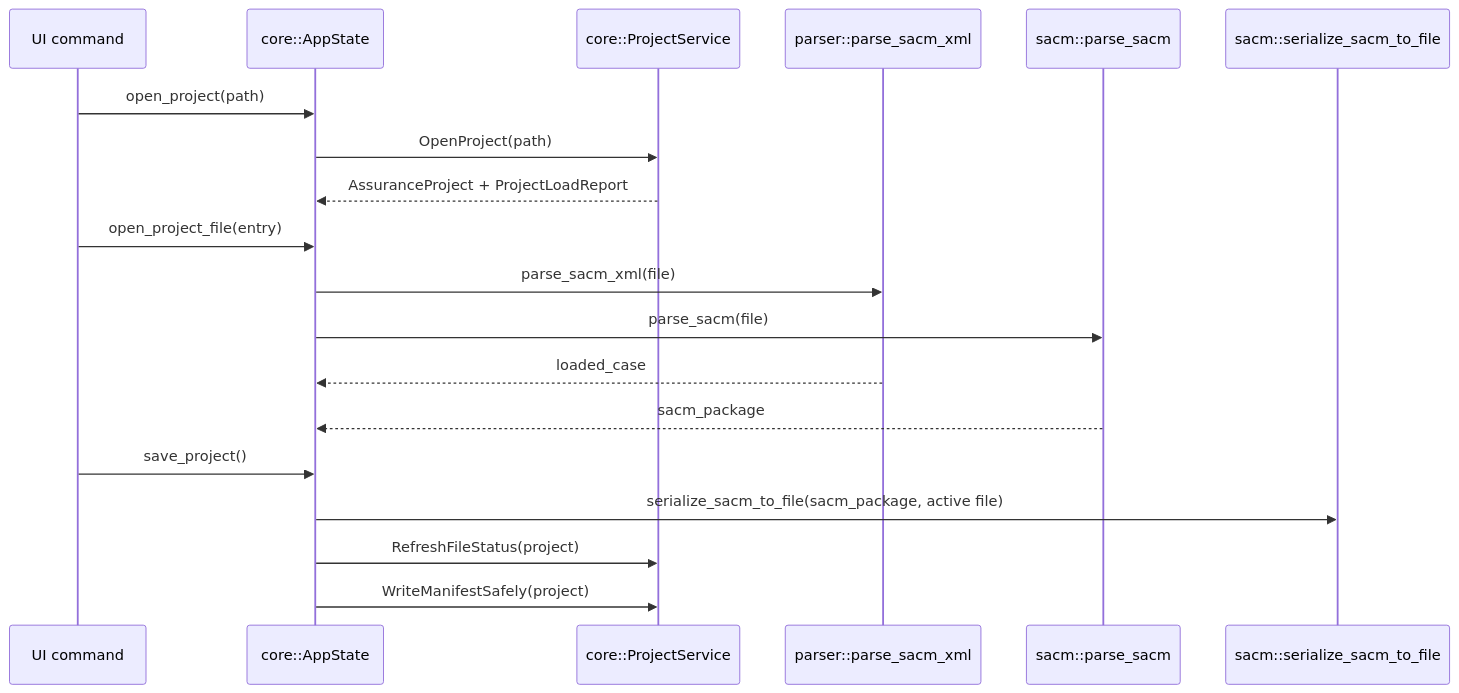
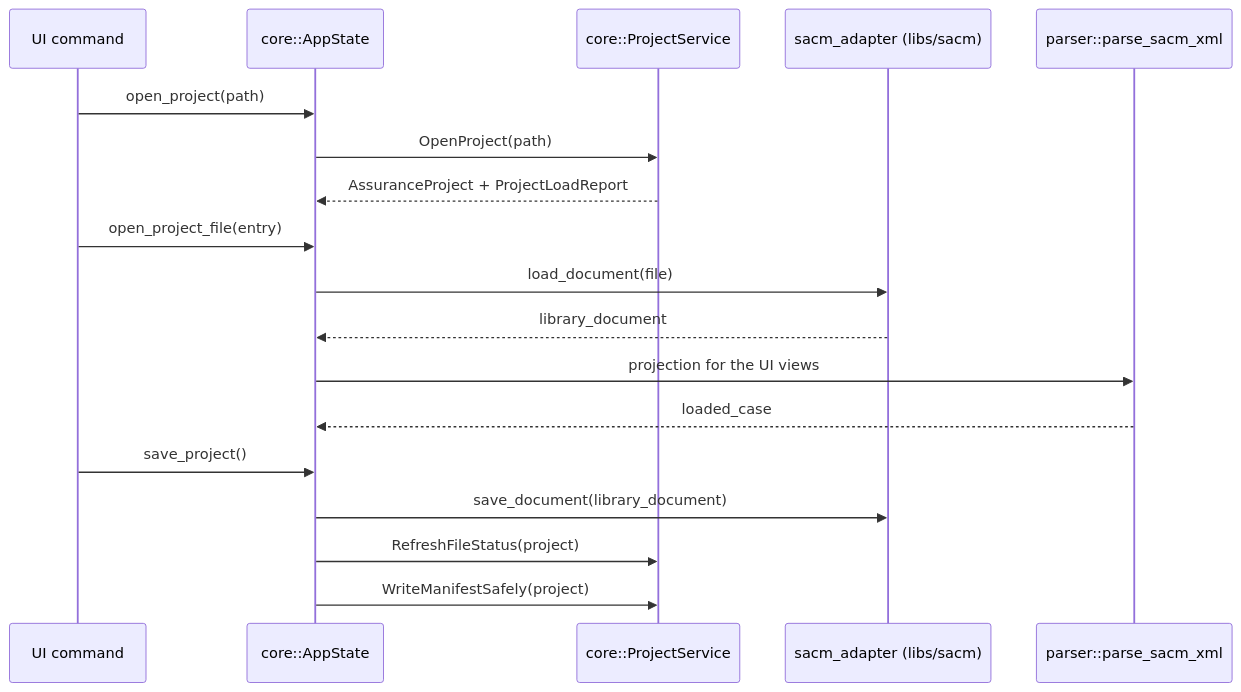
Before and after one commit to lasrod/assurance-forge: the third of 3 diagrams in docs/architecture/project-storage.md, drawn with Mermaid. The commit also changed other lines of this file and 24 other files, not shown here.

````diff
--- a/docs/architecture/project-storage.md
+++ b/docs/architecture/project-storage.md
@@ -80,23 +88,22 @@
 ```mermaid
 sequenceDiagram
     participant UI as UI command
     participant AppState as core::AppState
     participant ProjectService as core::ProjectService
+    participant Library as sacm_adapter (libs/sacm)
     participant Parser as parser::parse_sacm_xml
-    participant Sacm as sacm::parse_sacm
-    participant Serializer as sacm::serialize_sacm_to_file
 
     UI->>AppState: open_project(path)
     AppState->>ProjectService: OpenProject(path)
     ProjectService-->>AppState: AssuranceProject + ProjectLoadReport
     UI->>AppState: open_project_file(entry)
-    AppState->>Parser: parse_sacm_xml(file)
-    AppState->>Sacm: parse_sacm(file)
+    AppState->>Library: load_document(file)
+    Library-->>AppState: library_document
+    AppState->>Parser: projection for the UI views
     Parser-->>AppState: loaded_case
-    Sacm-->>AppState: sacm_package
 
     UI->>AppState: save_project()
-    AppState->>Serializer: serialize_sacm_to_file(sacm_package, active file)
+    AppState->>Library: save_document(library_document)
     AppState->>ProjectService: RefreshFileStatus(project)
     AppState->>ProjectService: WriteManifestSafely(project)
 ```
````
